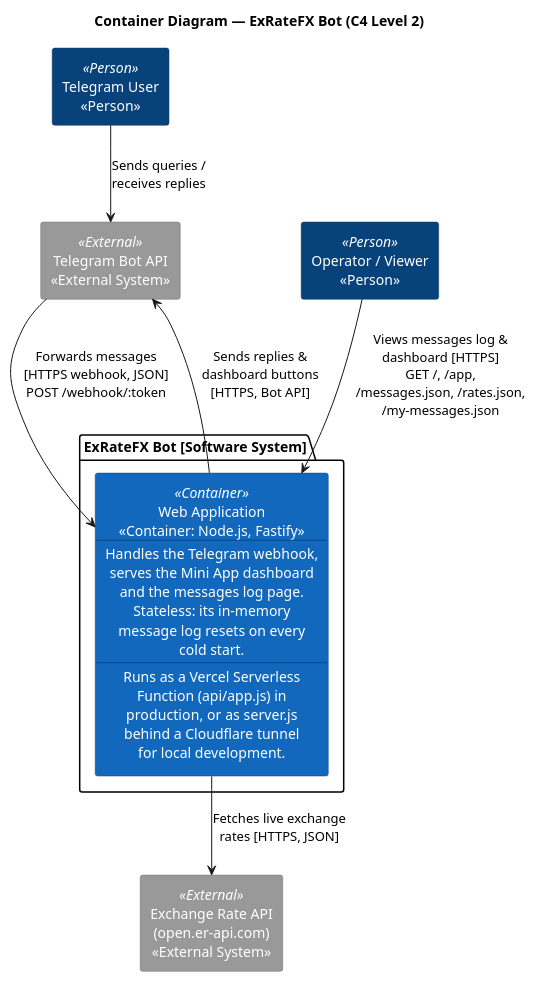
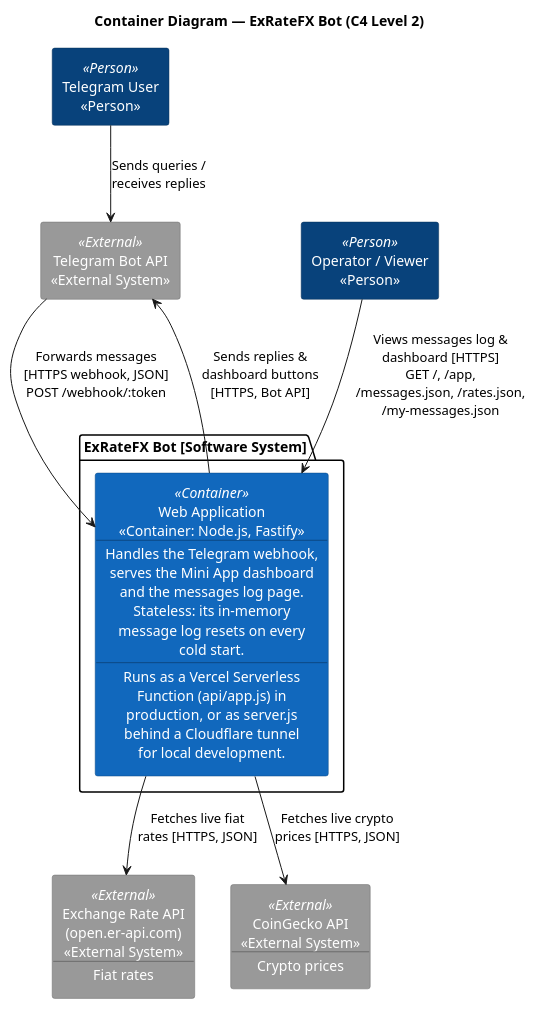
Before and after one commit to dnkdev1/ExRateFX_Bot: the diagram in docs/architecture/c4-level2-containers.puml, drawn with PlantUML. The commit also changed 2 other files, not shown here.

Commit message:
Redraw C4 diagrams for crypto support
Reflects the CoinGecko/composite rate gateway added since these were
last drawn:
- Context: adds CoinGecko API as a second external dependency
- Container: the single Web Application now depends on both rate APIs
- Component: adds CompositeCurrencyRateGateway and CoinGeckoRateGateway;
  AnswerCurrencyQueryUseCase and GetLiveRatesUseCase now point at the
  composite instead of directly at ExchangeRateApiGateway

Claude-Session: https://claude.ai/code/session_015xzGzvegDWrHKXEiszEjdw

```diff
--- a/docs/architecture/c4-level2-containers.puml
+++ b/docs/architecture/c4-level2-containers.puml
@@ -1,38 +1,40 @@
 @startuml C4_Level2_Containers_ExRateFX_Bot
 
 title Container Diagram — ExRateFX Bot (C4 Level 2)
 
 skinparam backgroundColor #FFFFFF
 skinparam shadowing false
 skinparam defaultTextAlignment center
 skinparam rectangle {
   BackgroundColor<<Person>>    #08427B
   FontColor<<Person>>          #FFFFFF
   BorderColor<<Person>>        #052E56
 
   BackgroundColor<<Container>> #1168BD
   FontColor<<Container>>       #FFFFFF
   BorderColor<<Container>>     #0B4884
 
   BackgroundColor<<External>>  #999999
   FontColor<<External>>        #FFFFFF
   BorderColor<<External>>      #6B6B6B
 }
 
 rectangle "Telegram User\n<<Person>>" <<Person>> as TelegramUser
 rectangle "Operator / Viewer\n<<Person>>" <<Person>> as Viewer
 
 package "ExRateFX Bot [Software System]" {
   rectangle "Web Application\n<<Container: Node.js, Fastify>>\n--\nHandles the Telegram webhook,\nserves the Mini App dashboard\nand the messages log page.\nStateless: its in-memory\nmessage log resets on every\ncold start.\n--\nRuns as a Vercel Serverless\nFunction (api/app.js) in\nproduction, or as server.js\nbehind a Cloudflare tunnel\nfor local development." <<Container>> as WebApp
 }
 
 rectangle "Telegram Bot API\n<<External System>>" <<External>> as TelegramApi
-rectangle "Exchange Rate API\n(open.er-api.com)\n<<External System>>" <<External>> as RatesApi
+rectangle "Exchange Rate API\n(open.er-api.com)\n<<External System>>\n--\nFiat rates" <<External>> as RatesApi
+rectangle "CoinGecko API\n<<External System>>\n--\nCrypto prices" <<External>> as CryptoApi
 
 TelegramUser --> TelegramApi : "Sends queries /\nreceives replies"
 TelegramApi --> WebApp : "Forwards messages\n[HTTPS webhook, JSON]\nPOST /webhook/:token"
 WebApp --> TelegramApi : "Sends replies &\ndashboard buttons\n[HTTPS, Bot API]"
-WebApp --> RatesApi : "Fetches live exchange\nrates [HTTPS, JSON]"
+WebApp --> RatesApi : "Fetches live fiat\nrates [HTTPS, JSON]"
+WebApp --> CryptoApi : "Fetches live crypto\nprices [HTTPS, JSON]"
 Viewer --> WebApp : "Views messages log &\ndashboard [HTTPS]\nGET /, /app,\n/messages.json, /rates.json,\n/my-messages.json"
 
 @enduml
```
